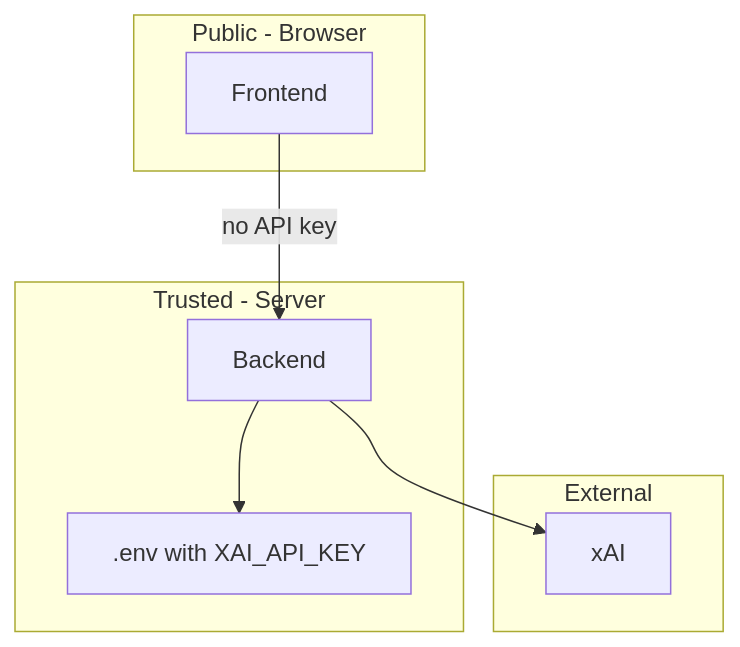
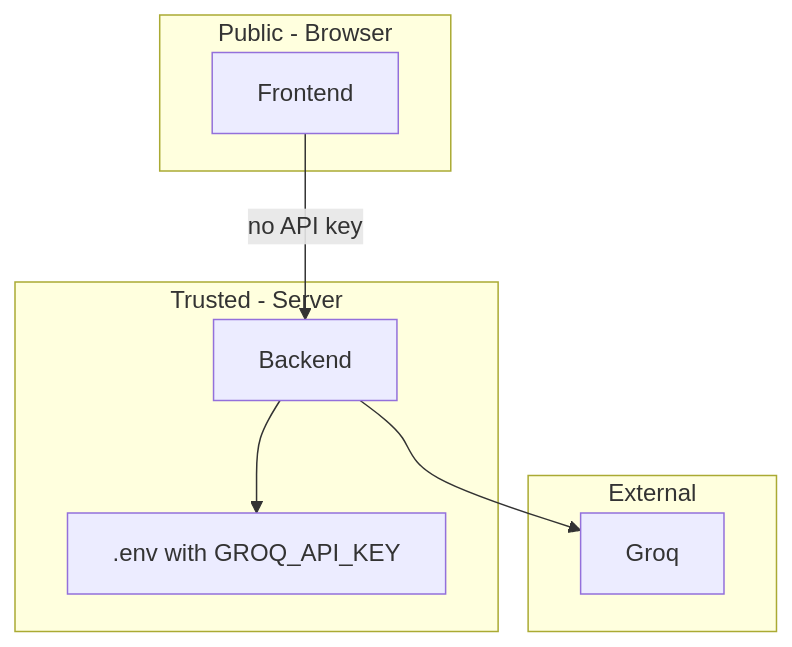
Before and after one commit to ShashankDvd1/AI-Powered-Restaurant-Recommendation-System: the eighth of 8 diagrams in docs/Architecture.md, drawn with Mermaid. The commit also changed other lines of this file and 32 other files, not shown here.

````diff
--- a/docs/Architecture.md
+++ b/docs/Architecture.md
@@ -405,17 +411,17 @@
 ```mermaid
 flowchart TB
     subgraph public [Public - Browser]
         FE[Frontend]
     end
     subgraph trusted [Trusted - Server]
         BE[Backend]
-        ENV[.env with XAI_API_KEY]
+        ENV[.env with GROQ_API_KEY]
     end
     subgraph external [External]
-        XAI[xAI]
+        GROQ[Groq]
     end
 
     FE -->|no API key| BE
     BE --> ENV
-    BE --> XAI
+    BE --> GROQ
 ```
````
